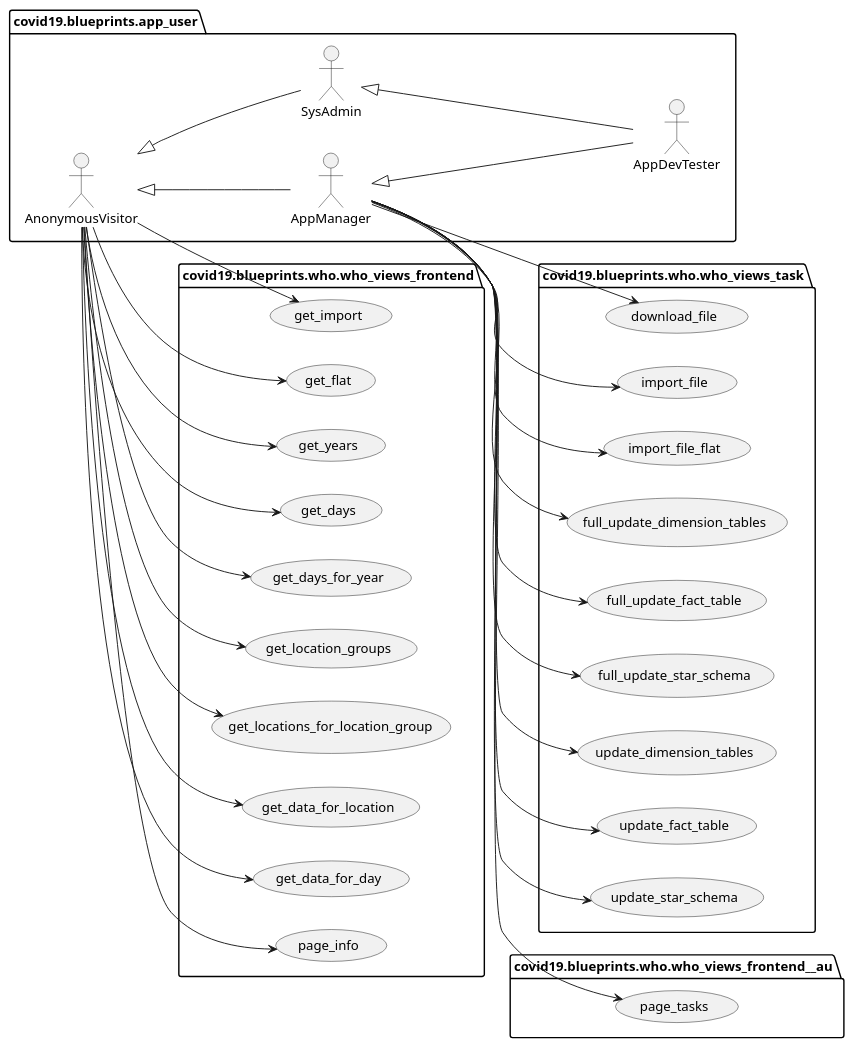
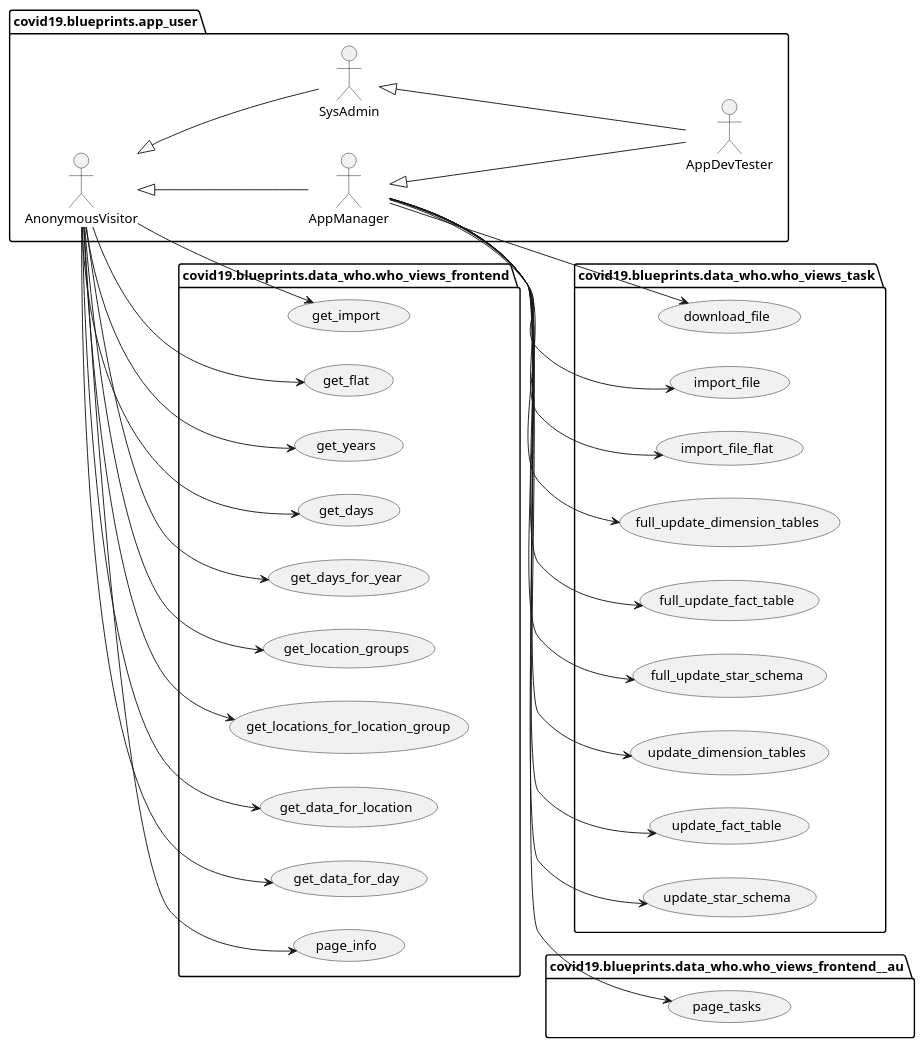
Before and after one commit to thomaswoehlke/flask_covid19: the diagram in docs/blueprints/data_who/uml/who_use_cases.puml, drawn with PlantUML. The commit also changed 3 other files, not shown here.

```diff
--- a/docs/blueprints/data_who/uml/who_use_cases.puml
+++ b/docs/blueprints/data_who/uml/who_use_cases.puml
@@ -1,70 +1,70 @@
 @startuml
 
 left to right direction
 
 package covid19.blueprints.app_user {
 	actor AnonymousVisitor as vu
 	actor AppManager as au
 	actor SysAdmin as su
 	actor AppDevTester as du
 }
 package covid19.blueprints.app_user {
 	vu <|-- au
 	vu <|-- su
 	su <|-- du
 	au <|-- du
 }
 
-package covid19.blueprints.who.who_views_task {
+package covid19.blueprints.data_who.who_views_task {
 	usecase download_file as UC1
 	usecase import_file as UC2
 	usecase import_file_flat as UC3
 	usecase full_update_dimension_tables as UC10
 	usecase full_update_fact_table as UC11
 	usecase full_update_star_schema as UC12
 	usecase update_dimension_tables as UC20
 	usecase update_fact_table as UC21
 	usecase update_star_schema as UC22
 }
 
 au --> UC1
 au --> UC2
 au --> UC3
 au --> UC10
 au --> UC11
 au --> UC12
 au --> UC20
 au --> UC21
 au --> UC22
 
-package covid19.blueprints.who.who_views_frontend {
+package covid19.blueprints.data_who.who_views_frontend {
 	usecase get_import as UC30
 	usecase get_flat as UC31
 	usecase get_years as UC40
 	usecase get_days as UC41
 	usecase get_days_for_year as UC42
 	usecase get_location_groups as UC43
 	usecase get_locations_for_location_group as UC44
 	usecase get_data_for_location as UC45
 	usecase get_data_for_day as UC46
     usecase page_info as UC80
 }
 
 vu --> UC30
 vu --> UC31
 vu --> UC40
 vu --> UC41
 vu --> UC42
 vu --> UC43
 vu --> UC44
 vu --> UC45
 vu --> UC46
 vu --> UC80
 
-package covid19.blueprints.who.who_views_frontend__au {
+package covid19.blueprints.data_who.who_views_frontend__au {
     usecase page_tasks as UC81
 }
 
 au --> UC81
 
 @enduml
```
